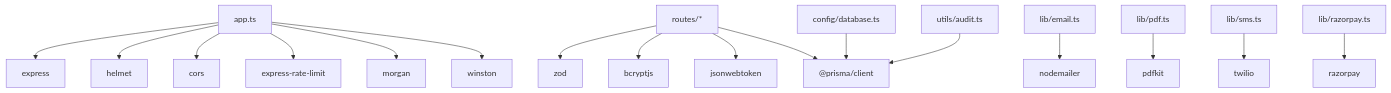
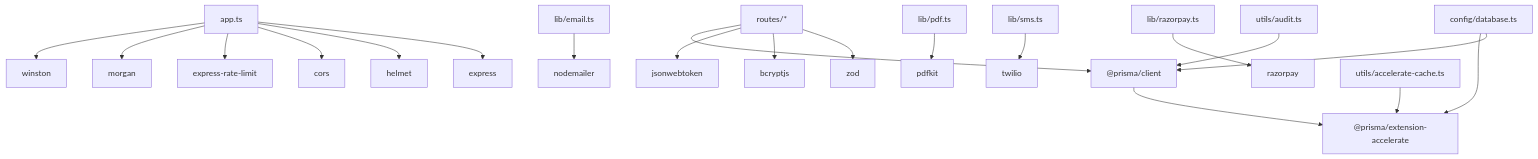
One commit to Dequeue-Tech/DeQ-Bite changed diagram 11 of 11 in .qoder/repowiki/en/content/Backend System/Backend Architecture.md. Above: the diagram before and after it, drawn with Mermaid. The commit also changed other lines of this file and 25 other files, not shown here.

````diff
--- a/.qoder/repowiki/en/content/Backend System/Backend Architecture.md
+++ b/.qoder/repowiki/en/content/Backend System/Backend Architecture.md
@@ -466,33 +537,37 @@
 ```mermaid
 graph TB
 Express["express"]
 Prisma["@prisma/client"]
+Accelerate["@prisma/extension-accelerate"]
 Helmet["helmet"]
 Cors["cors"]
 RateLimit["express-rate-limit"]
 Morgan["morgan"]
 Winston["winston"]
 Zod["zod"]
 Bcrypt["bcryptjs"]
 JWT["jsonwebtoken"]
 Nodemailer["nodemailer"]
 PDFKit["pdfkit"]
 Twilio["twilio"]
 Razorpay["razorpay"]
 App["app.ts"] --> Express
 App --> Helmet
 App --> Cors
 App --> RateLimit
 App --> Morgan
 App --> Winston
 Routes["routes/*"] --> Zod
 Routes --> Bcrypt
 Routes --> JWT
 Routes --> Prisma
+Prisma --> Accelerate
 LibEmail["lib/email.ts"] --> Nodemailer
 LibPDF["lib/pdf.ts"] --> PDFKit
 LibSMS["lib/sms.ts"] --> Twilio
 LibPay["lib/razorpay.ts"] --> Razorpay
 ConfigDB["config/database.ts"] --> Prisma
+ConfigDB --> Accelerate
 UtilsAudit["utils/audit.ts"] --> Prisma
+UtilsCache["utils/accelerate-cache.ts"] --> Accelerate
 ```
````
